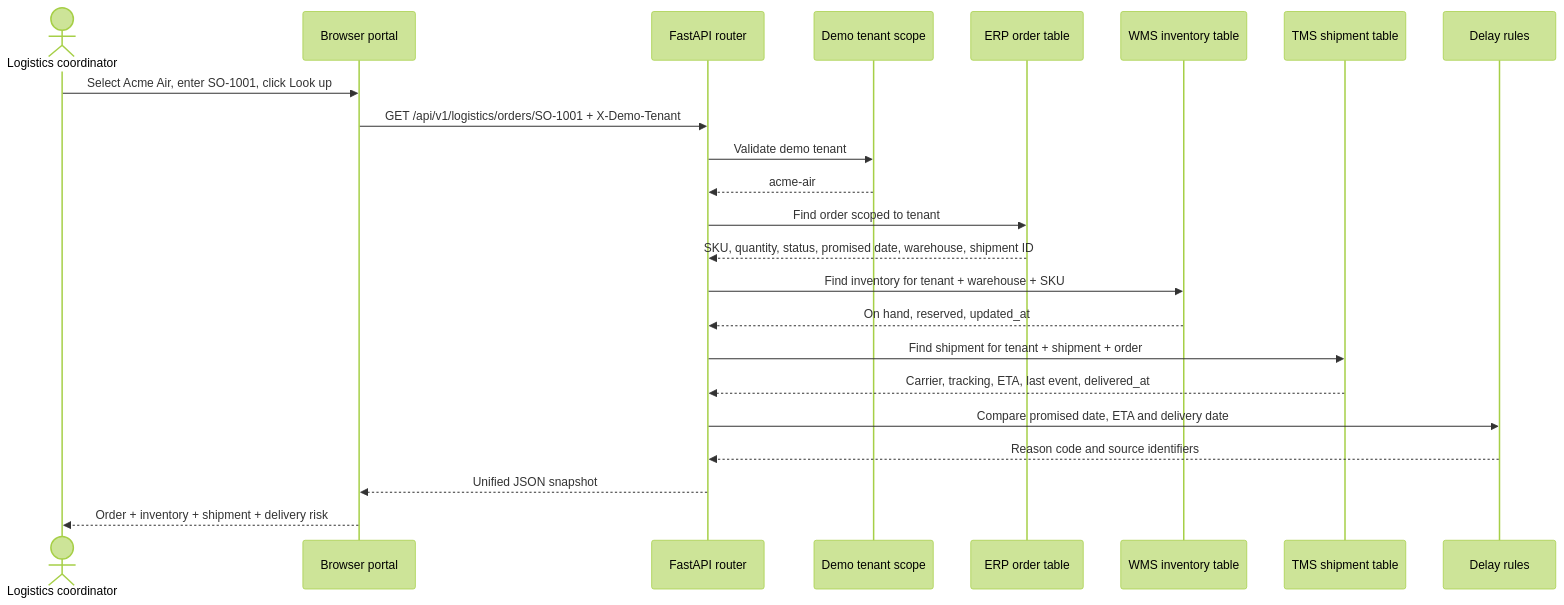
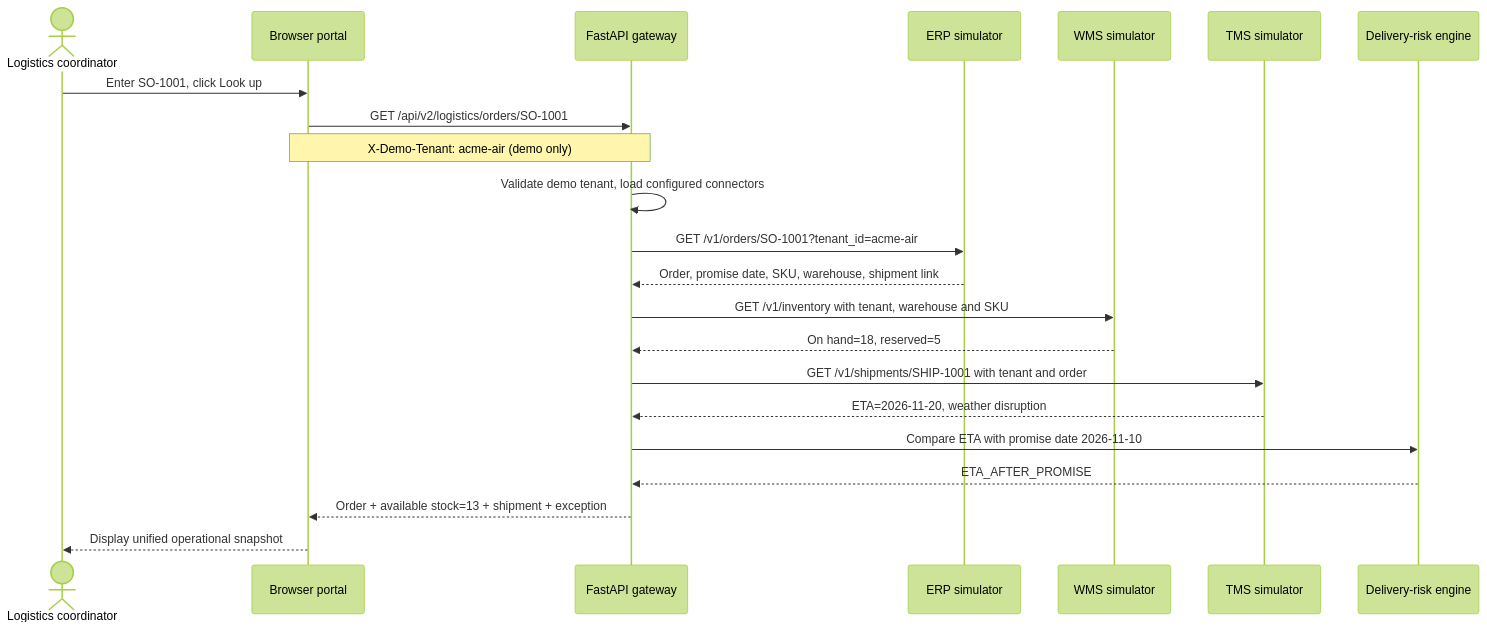
One commit to nolet7/lsk-cusmerfacing-fde changed the second of 2 diagrams in README.md. Above: the diagram before and after it, drawn with Mermaid (forest theme). The commit also changed other lines of this file, not shown here.

Commit message:
docs(fde): complete end-to-end CTO-to-user request journey and delivery plan

````diff
--- a/README.md
+++ b/README.md
@@ -76,25 +58,24 @@
 ```mermaid
 sequenceDiagram
     actor User as Logistics coordinator
     participant UI as Browser portal
-    participant API as FastAPI router
-    participant Auth as Demo tenant scope
-    participant ERP as ERP order table
-    participant WMS as WMS inventory table
-    participant TMS as TMS shipment table
-    participant Eval as Delay rules
-    User->>UI: Select Acme Air, enter SO-1001, click Look up
-    UI->>API: GET /api/v1/logistics/orders/SO-1001 + X-Demo-Tenant
-    API->>Auth: Validate demo tenant
-    Auth-->>API: acme-air
-    API->>ERP: Find order scoped to tenant
-    ERP-->>API: SKU, quantity, status, promised date, warehouse, shipment ID
-    API->>WMS: Find inventory for tenant + warehouse + SKU
-    WMS-->>API: On hand, reserved, updated_at
-    API->>TMS: Find shipment for tenant + shipment + order
-    TMS-->>API: Carrier, tracking, ETA, last event, delivered_at
-    API->>Eval: Compare promised date, ETA and delivery date
-    Eval-->>API: Reason code and source identifiers
-    API-->>UI: Unified JSON snapshot
-    UI-->>User: Order + inventory + shipment + delivery risk
+    participant API as FastAPI gateway
+    participant ERP as ERP simulator
+    participant WMS as WMS simulator
+    participant TMS as TMS simulator
+    participant Rules as Delivery-risk engine
+    User->>UI: Enter SO-1001, click Look up
+    UI->>API: GET /api/v2/logistics/orders/SO-1001
+    Note over UI,API: X-Demo-Tenant: acme-air (demo only)
+    API->>API: Validate demo tenant, load configured connectors
+    API->>ERP: GET /v1/orders/SO-1001?tenant_id=acme-air
+    ERP-->>API: Order, promise date, SKU, warehouse, shipment link
+    API->>WMS: GET /v1/inventory with tenant, warehouse and SKU
+    WMS-->>API: On hand=18, reserved=5
+    API->>TMS: GET /v1/shipments/SHIP-1001 with tenant and order
+    TMS-->>API: ETA=2026-11-20, weather disruption
+    API->>Rules: Compare ETA with promise date 2026-11-10
+    Rules-->>API: ETA_AFTER_PROMISE
+    API-->>UI: Order + available stock=13 + shipment + exception
+    UI-->>User: Display unified operational snapshot
 ```
````
